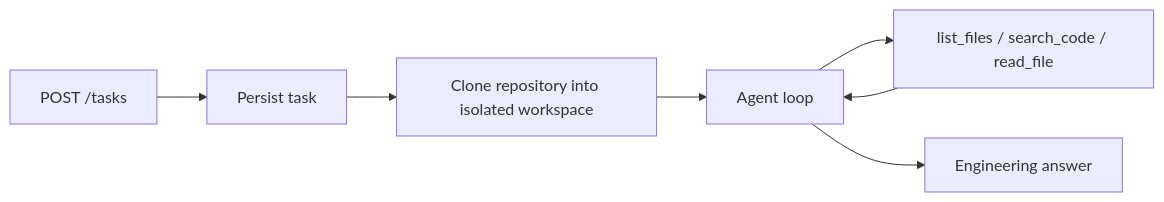
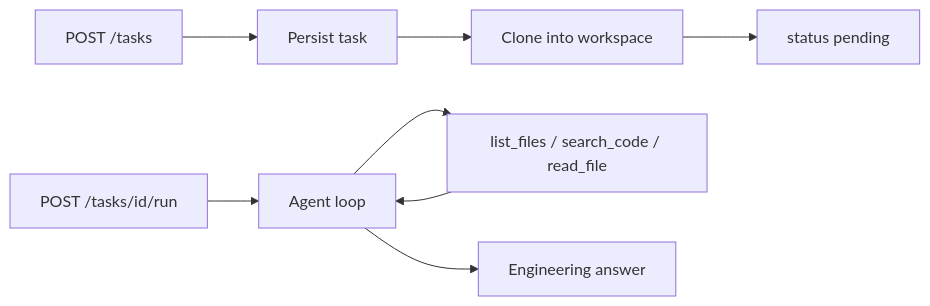
The diagram in README.md (eli22443/ai-agent-platform), drawn with Mermaid before and after one commit. The commit also changed other lines of this file and 5 other files, not shown here.

````diff
--- a/README.md
+++ b/README.md
@@ -18,9 +18,10 @@
 ```mermaid
 flowchart LR
     Post["POST /tasks"] --> Persist["Persist task"]
-    Persist --> Clone["Clone repository into isolated workspace"]
-    Clone --> Loop["Agent loop"]
+    Persist --> Clone["Clone into workspace"]
+    Clone --> Pending["status pending"]
+    Run["POST /tasks/id/run"] --> Loop["Agent loop"]
     Loop --> Tools["list_files / search_code / read_file"]
     Tools --> Loop
     Loop --> Answer["Engineering answer"]
 ```
````
